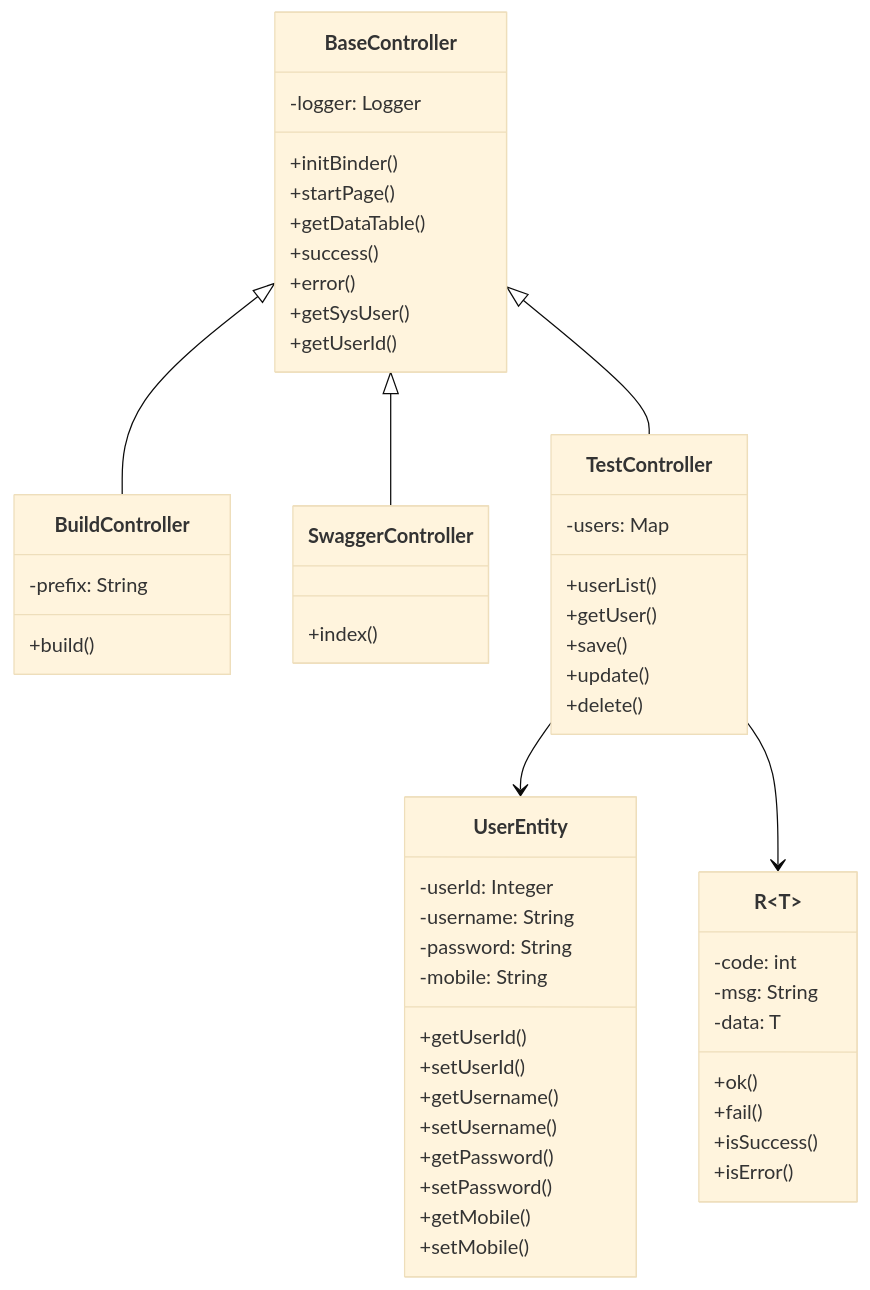
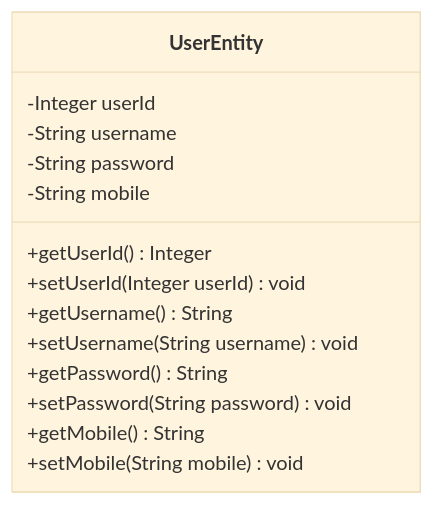
Before and after one commit to ChenLiyan-GT/RuoYi-Vue: the second of 2 diagrams in ruoyi-admin/.gientech/wiki/API参考/工具API.md, drawn with Mermaid (base theme). The commit also changed other lines of this file and 82 other files, not shown here.

````diff
--- a/ruoyi-admin/.gientech/wiki/API参考/工具API.md
+++ b/ruoyi-admin/.gientech/wiki/API参考/工具API.md
@@ -57,62 +54,17 @@
 ```mermaid
 classDiagram
-    class BaseController {
-        -logger: Logger
-        +initBinder()
-        +startPage()
-        +getDataTable()
-        +success()
-        +error()
-        +getSysUser()
-        +getUserId()
+    class UserEntity {
+        -Integer userId
+        -String username
+        -String password
+        -String mobile
+        +getUserId() Integer
+        +setUserId(Integer userId) void
+        +getUsername() String
+        +setUsername(String username) void
+        +getPassword() String
+        +setPassword(String password) void
+        +getMobile() String
+        +setMobile(String mobile) void
     }
-    
-    class R~T~ {
-        -code: int
-        -msg: String
-        -data: T
-        +ok()
-        +fail()
-        +isSuccess()
-        +isError()
-    }
-    
-    class UserEntity {
-        -userId: Integer
-        -username: String
-        -password: String
-        -mobile: String
-        +getUserId()
-        +setUserId()
-        +getUsername()
-        +setUsername()
-        +getPassword()
-        +setPassword()
-        +getMobile()
-        +setMobile()
-    }
-    
-    class BuildController {
-        -prefix: String
-        +build()
-    }
-    
-    class SwaggerController {
-        +index()
-    }
-    
-    class TestController {
-        -users: Map
-        +userList()
-        +getUser()
-        +save()
-        +update()
-        +delete()
-    }
-    
-    BaseController <|-- BuildController
-    BaseController <|-- SwaggerController
-    BaseController <|-- TestController
-    TestController --> UserEntity
-    TestController --> R
 ```
````
